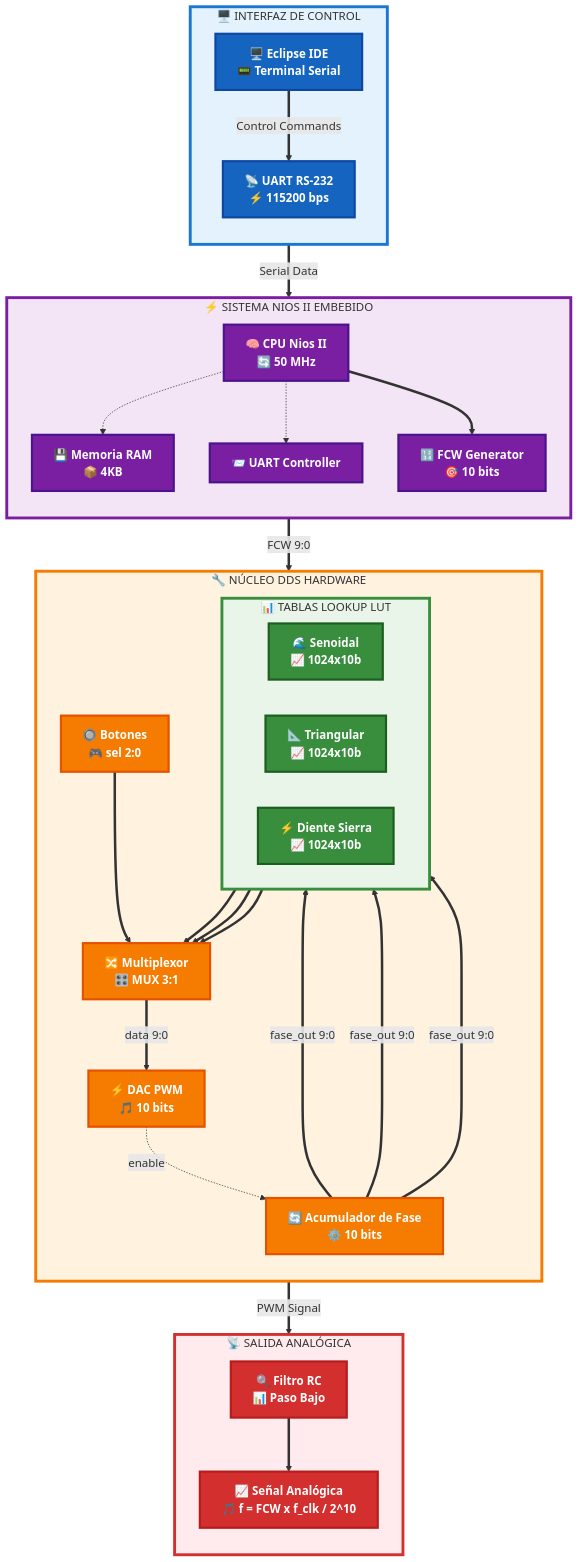
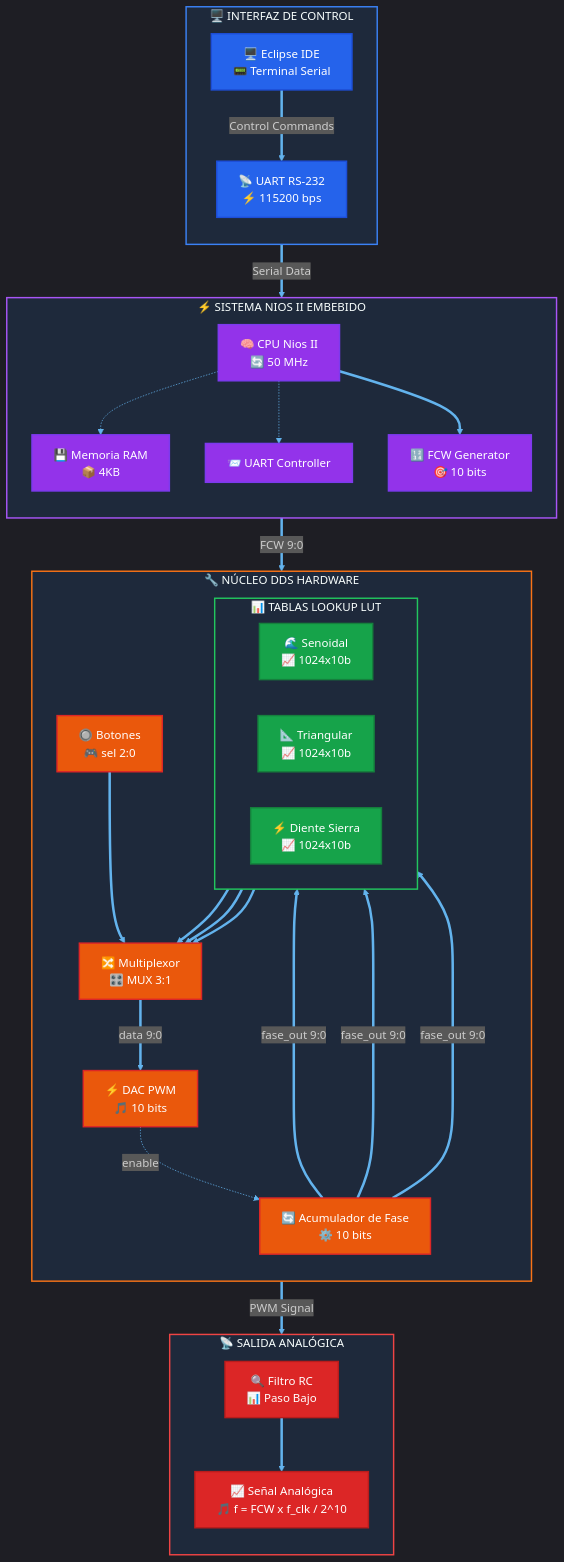
One commit to Cahura/DDS-Direct-Digital-Synthesis changed the first of 3 diagrams in README.md. Above: the diagram before and after it, drawn with Mermaid. The commit also changed other lines of this file, not shown here.

````diff
--- a/README.md
+++ b/README.md
@@ -55,4 +55,5 @@
 ```mermaid
+%%{init: {'theme':'dark', 'themeVariables': { 'primaryColor': '#2d3748', 'primaryTextColor': '#e2e8f0', 'primaryBorderColor': '#4a5568', 'lineColor': '#63b3ed', 'secondaryColor': '#1a202c', 'tertiaryColor': '#2d3748'}}}%%
 graph TB
     subgraph CONTROL ["🖥️ INTERFAZ DE CONTROL"]
         direction TB
@@ -114,12 +115,12 @@
     F ==>|FCW 9:0| G
     M ==>|PWM Signal| N
     
-    %% Estilos avanzados
-    classDef interfaceStyle fill:#1565C0,stroke:#0D47A1,stroke-width:3px,color:#fff,font-weight:bold
-    classDef niosStyle fill:#7B1FA2,stroke:#4A148C,stroke-width:3px,color:#fff,font-weight:bold
-    classDef ddsStyle fill:#F57C00,stroke:#E65100,stroke-width:3px,color:#fff,font-weight:bold
-    classDef lutStyle fill:#388E3C,stroke:#1B5E20,stroke-width:3px,color:#fff,font-weight:bold
-    classDef outputStyle fill:#D32F2F,stroke:#B71C1C,stroke-width:3px,color:#fff,font-weight:bold
+    %% Estilos minimalistas tema oscuro
+    classDef interfaceStyle fill:#2563eb,stroke:#1d4ed8,stroke-width:2px,color:#ffffff
+    classDef niosStyle fill:#9333ea,stroke:#7c3aed,stroke-width:2px,color:#ffffff
+    classDef ddsStyle fill:#ea580c,stroke:#dc2626,stroke-width:2px,color:#ffffff
+    classDef lutStyle fill:#16a34a,stroke:#15803d,stroke-width:2px,color:#ffffff
+    classDef outputStyle fill:#dc2626,stroke:#b91c1c,stroke-width:2px,color:#ffffff
     
     class A,B interfaceStyle
     class C,D,E,F niosStyle
@@ -127,10 +128,10 @@
     class H,I,J lutStyle
     class N,O outputStyle
     
-    %% Estilos de subgrafos
-    style CONTROL fill:#E3F2FD,stroke:#1976D2,stroke-width:4px
-    style NIOS fill:#F3E5F5,stroke:#7B1FA2,stroke-width:4px
-    style DDS fill:#FFF3E0,stroke:#F57C00,stroke-width:4px
-    style LUTS fill:#E8F5E8,stroke:#388E3C,stroke-width:4px
-    style OUTPUT fill:#FFEBEE,stroke:#D32F2F,stroke-width:4px
+    %% Estilos de subgrafos tema oscuro minimalista
+    style CONTROL fill:#1e293b,stroke:#3b82f6,stroke-width:2px
+    style NIOS fill:#1e293b,stroke:#a855f7,stroke-width:2px
+    style DDS fill:#1e293b,stroke:#f97316,stroke-width:2px
+    style LUTS fill:#1e293b,stroke:#22c55e,stroke-width:2px
+    style OUTPUT fill:#1e293b,stroke:#ef4444,stroke-width:2px
 ```
````
